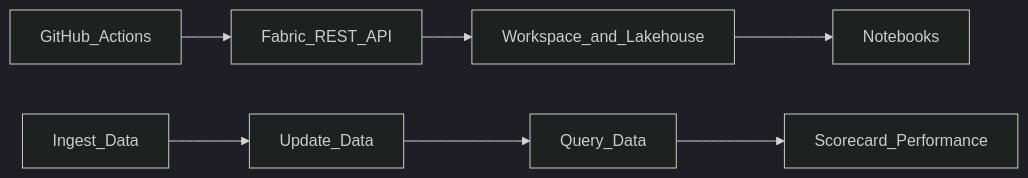
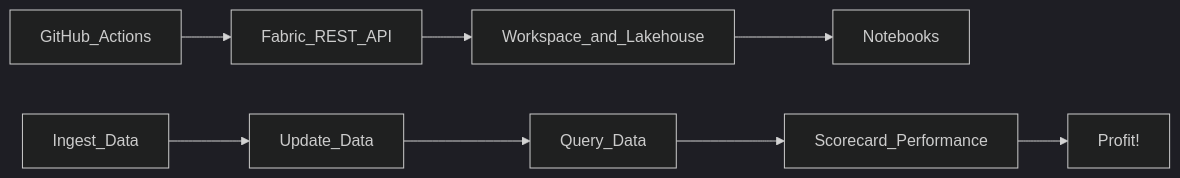
Before and after one commit to stuckerj1/bff: the diagram in README.md, drawn with Mermaid (dark theme).

Commit message:
Add workflow transition to Profit!
Added a new workflow transition from Scorecard_Performance to Profit!

````diff
--- a/README.md
+++ b/README.md
@@ -19,9 +19,10 @@
 ```mermaid
 flowchart LR
     GitHub_Actions --> Fabric_REST_API
     Fabric_REST_API --> Workspace_and_Lakehouse
     Workspace_and_Lakehouse --> Notebooks
     Ingest_Data --> Update_Data
     Update_Data --> Query_Data
     Query_Data --> Scorecard_Performance
+    Scorecard_Performance --> Profit!
 ```
````
